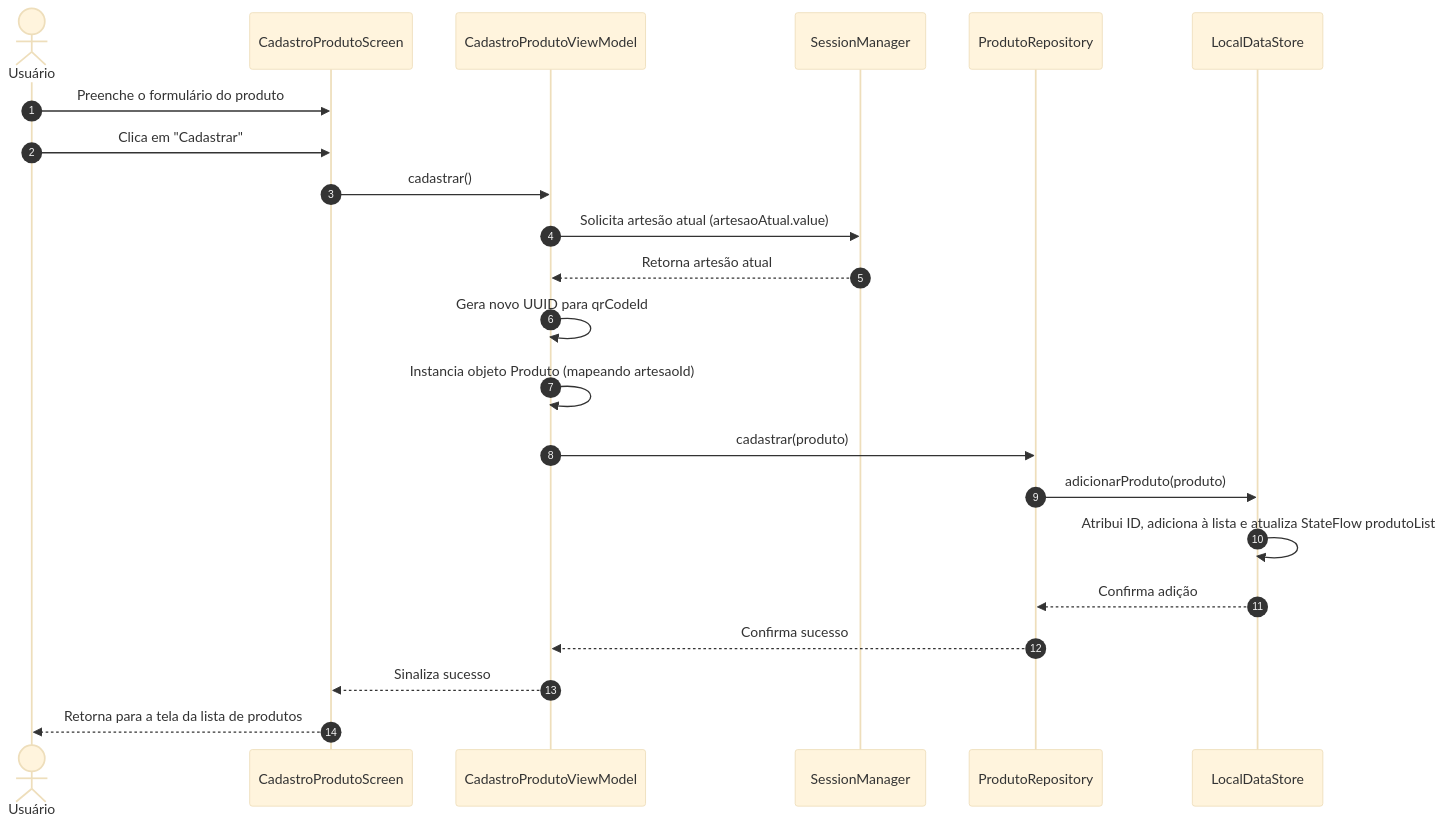
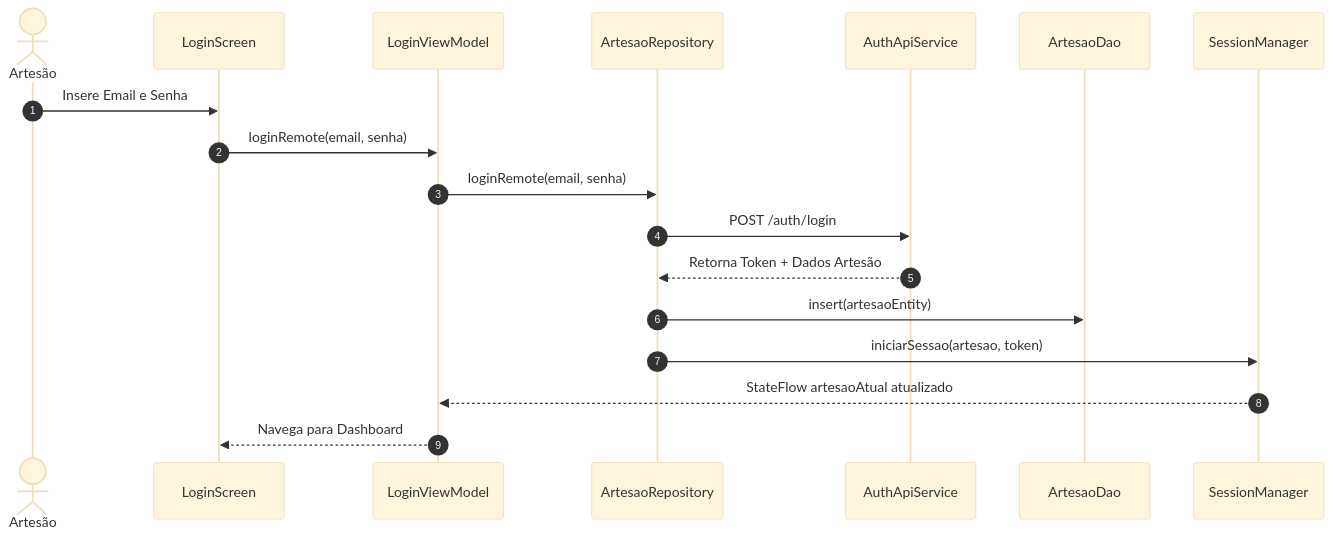
Before and after one commit to Guilherme-xDEV/projeto-pdm-app-artesao: the second of 5 diagrams in docs/mermaid_diagrams.md, drawn with Mermaid (base theme). The commit also changed other lines of this file and 2 other files, not shown here.

````diff
--- a/docs/mermaid_diagrams.md
+++ b/docs/mermaid_diagrams.md
@@ -1,30 +129,24 @@
 ```mermaid
 sequenceDiagram
     autonumber
-    actor User as Usuário
-    participant Screen as CadastroProdutoScreen
-    participant VM as CadastroProdutoViewModel
+    actor User as Artesão
+    participant UI as LoginScreen
+    participant VM as LoginViewModel
+    participant Repo as ArtesaoRepository
+    participant API as AuthApiService
+    participant DB as ArtesaoDao
     participant Session as SessionManager
-    participant Repo as ProdutoRepository
-    participant Store as LocalDataStore
 
-    User->>Screen: Preenche o formulário do produto
-    User->>Screen: Clica em "Cadastrar"
-    Screen->>VM: cadastrar()
+    User->>UI: Insere Email e Senha
+    UI->>VM: loginRemote(email, senha)
+    VM->>Repo: loginRemote(email, senha)
     
-    VM->>Session: Solicita artesão atual (artesaoAtual.value)
-    Session-->>VM: Retorna artesão atual
+    Repo->>API: POST /auth/login
+    API-->>Repo: Retorna Token + Dados Artesão
     
-    VM->>VM: Gera novo UUID para qrCodeId
-    VM->>VM: Instancia objeto Produto (mapeando artesaoId)
+    Repo->>DB: insert(artesaoEntity)
+    Repo->>Session: iniciarSessao(artesao, token)
     
-    VM->>Repo: cadastrar(produto)
-    Repo->>Store: adicionarProduto(produto)
-    
-    Store->>Store: Atribui ID, adiciona à lista e atualiza StateFlow produtoList
-    Store-->>Repo: Confirma adição
-    Repo-->>VM: Confirma sucesso
-    
-    VM-->>Screen: Sinaliza sucesso
-    Screen-->>User: Retorna para a tela da lista de produtos
+    Session-->>VM: StateFlow artesaoAtual atualizado
+    VM-->>UI: Navega para Dashboard
 ```
````
